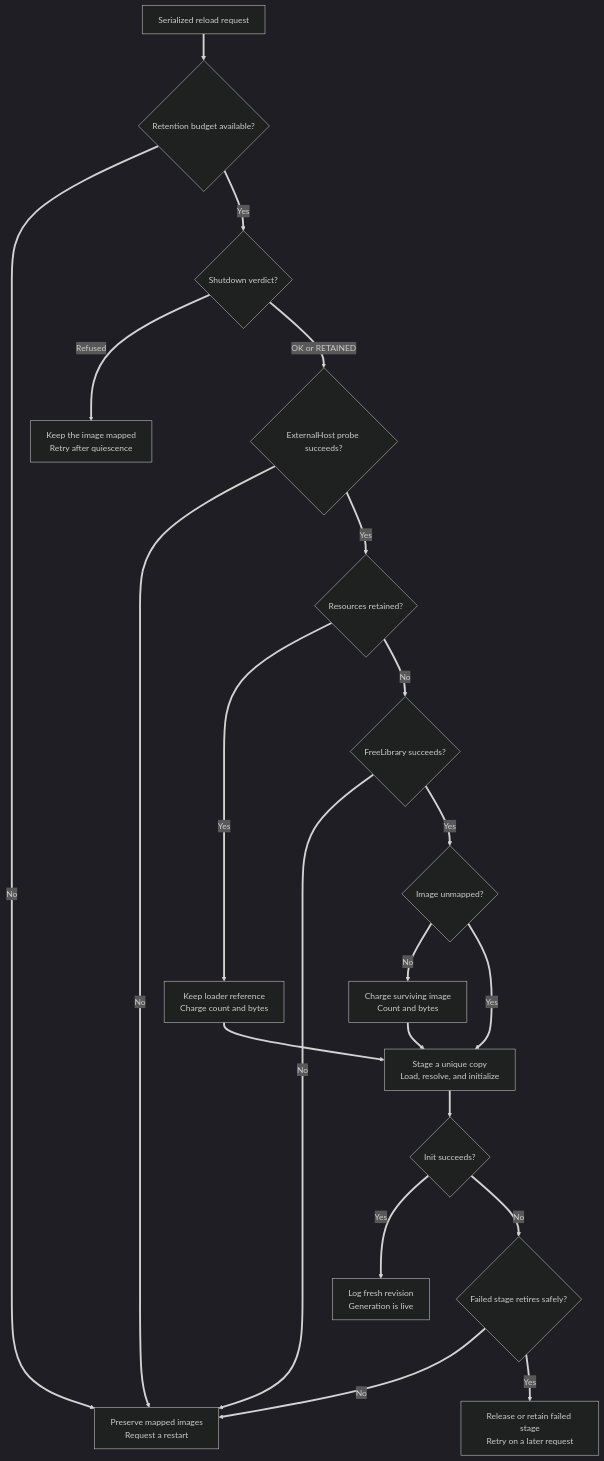
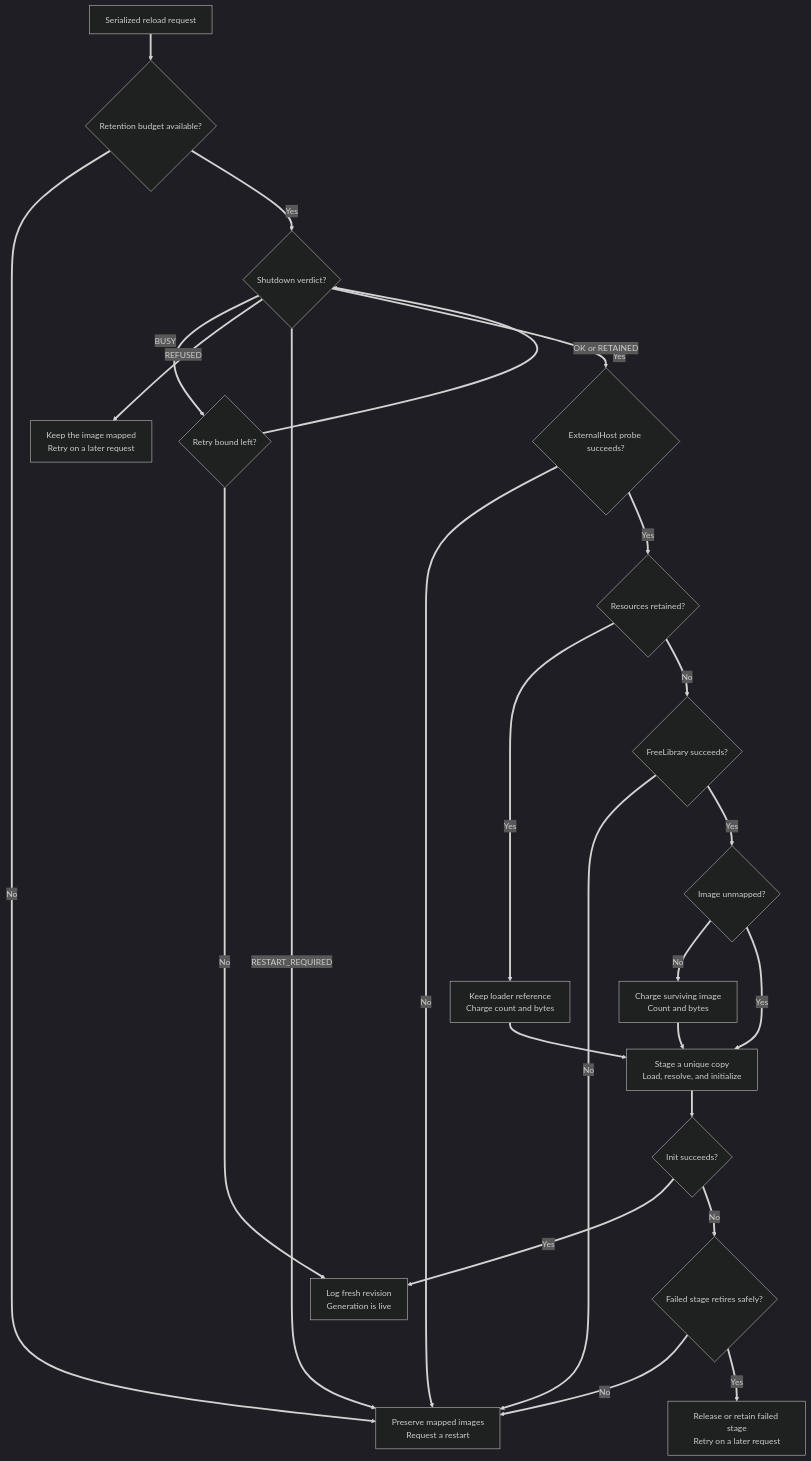
One commit to tkhquang/DetourModKit changed the second of 2 diagrams in docs/guides/hot-reload/README.md. Above: the diagram before and after it, drawn with Mermaid (dark theme). The commit also changed other lines of this file and 21 other files, not shown here.

````diff
--- a/docs/guides/hot-reload/README.md
+++ b/docs/guides/hot-reload/README.md
@@ -151,23 +151,27 @@
 ```mermaid
 flowchart TD
     Request["Serialized reload request"] ==> Budget{"Retention budget available?"}
     Budget ==>|No| Restart["Preserve mapped images<br/>Request a restart"]
     Budget ==>|Yes| Shutdown{"Shutdown verdict?"}
-    Shutdown ==>|Refused| Retry["Keep the image mapped<br/>Retry after quiescence"]
+    Shutdown ==>|BUSY| Bound{"Retry bound left?"}
+    Bound ==>|Yes| Shutdown
+    Bound ==>|No| Live["Keep the generation live<br/>Retry on a later request"]
+    Shutdown ==>|REFUSED| Mapped["Keep the image mapped<br/>Retry on a later request"]
+    Shutdown ==>|RESTART_REQUIRED| Restart
     Shutdown ==>|OK or RETAINED| Lease{"ExternalHost probe succeeds?"}
     Lease ==>|No| Restart
     Lease ==>|Yes| Verdict{"Resources retained?"}
     Verdict ==>|Yes| Retain["Keep loader reference<br/>Charge count and bytes"]
     Verdict ==>|No| Release{"FreeLibrary succeeds?"}
     Release ==>|No| Restart
     Release ==>|Yes| Probe{"Image unmapped?"}
     Probe ==>|No| Account["Charge surviving image<br/>Count and bytes"]
     Probe ==>|Yes| Prepare["Stage a unique copy<br/>Load, resolve, and initialize"]
     Retain ==> Prepare
     Account ==> Prepare
     Prepare ==> Result{"Init succeeds?"}
     Result ==>|Yes| Live["Log fresh revision<br/>Generation is live"]
     Result ==>|No| Cleanup{"Failed stage retires safely?"}
     Cleanup ==>|No| Restart
     Cleanup ==>|Yes| Idle["Release or retain failed stage<br/>Retry on a later request"]
 ```
````
